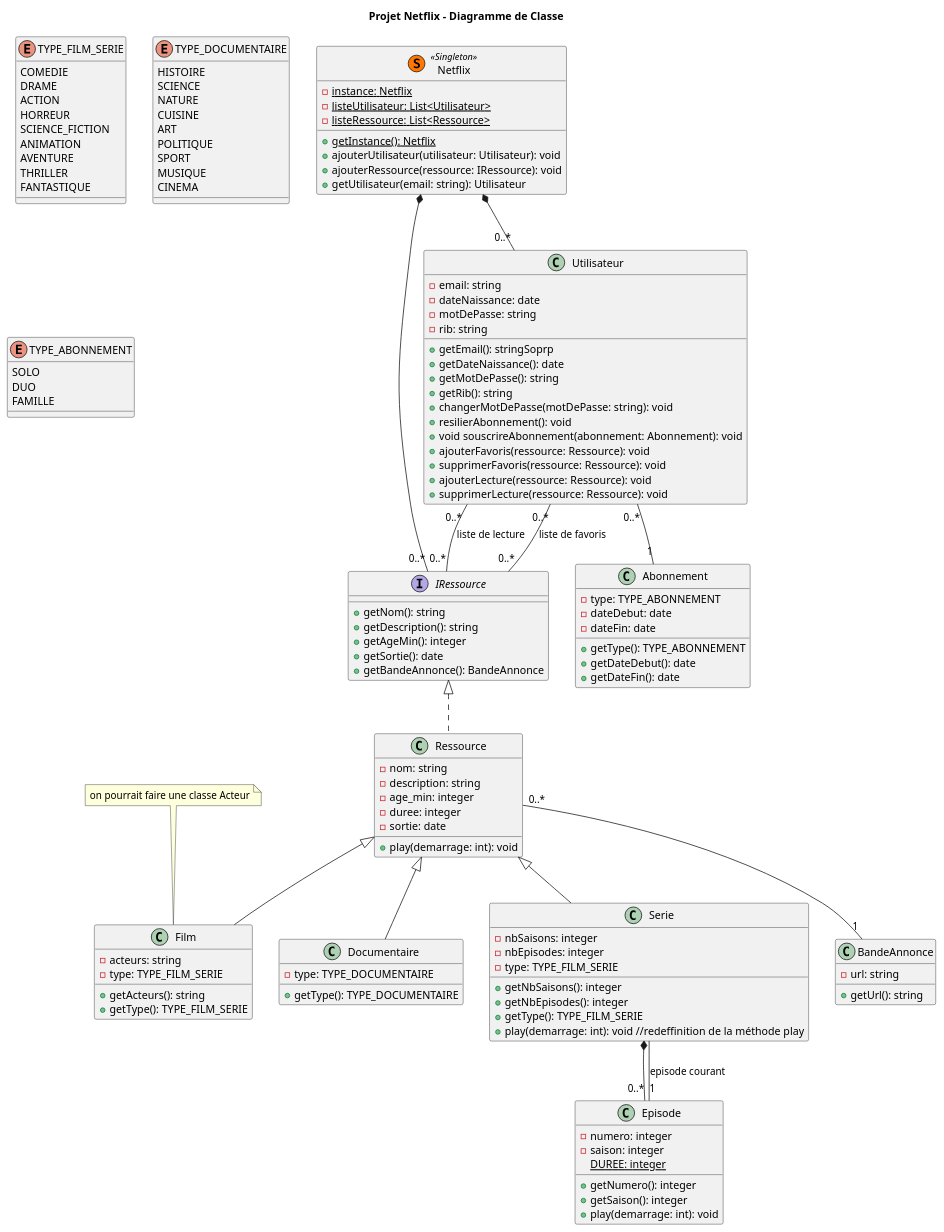
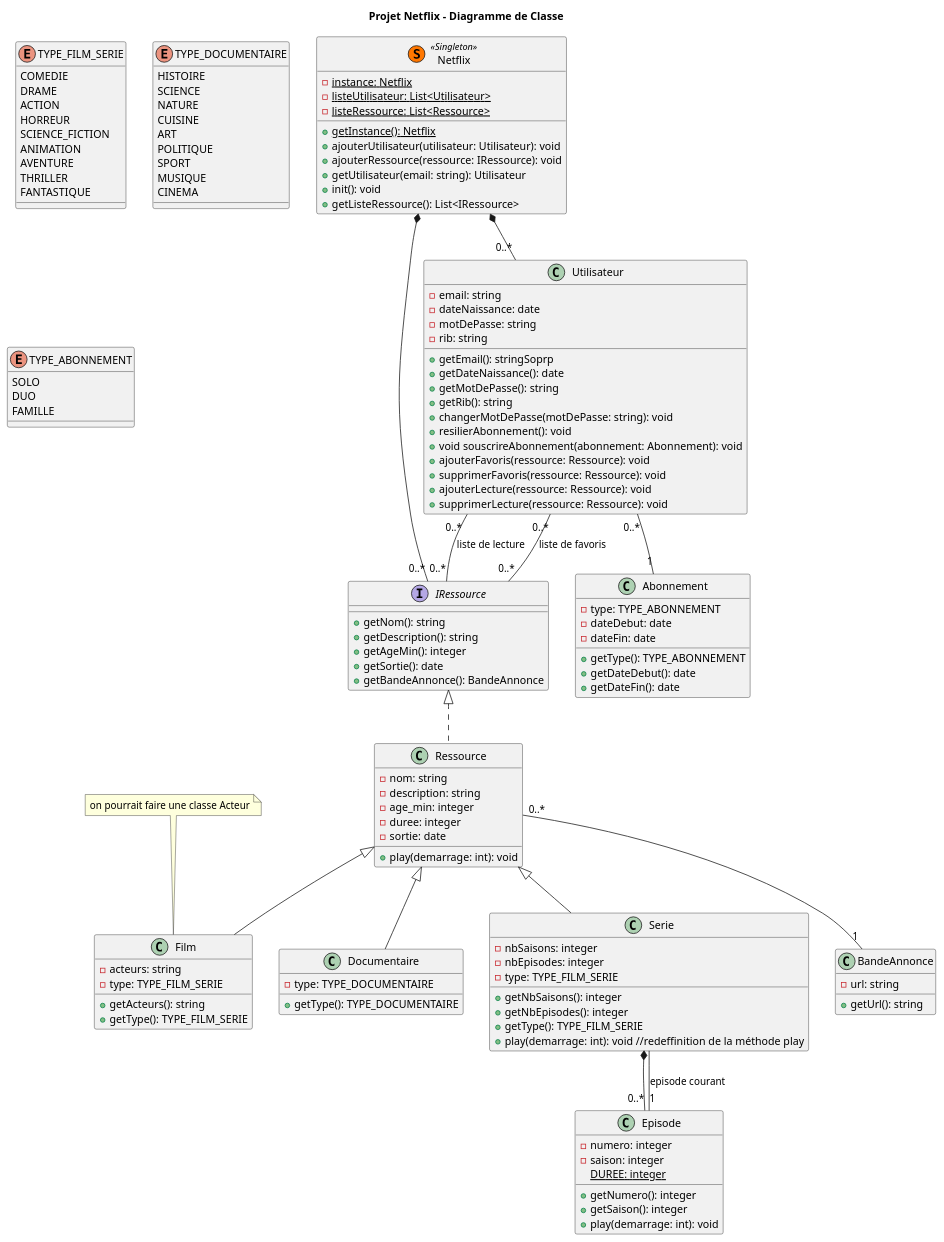
Before and after one commit to tigrou23/Netflix_JAVA: the diagram in diagramme.puml, drawn with PlantUML. The commit also changed 7 other files, not shown here.

```diff
--- a/diagramme.puml
+++ b/diagramme.puml
@@ -1,153 +1,155 @@
 @startuml
 
 title Projet Netflix - Diagramme de Classe
 
 class Netflix << (S,#FF7700) Singleton >>{
     {static} - instance: Netflix
     {static} - listeUtilisateur: List<Utilisateur>
     {static} - listeRessource: List<Ressource>
     {static} + getInstance(): Netflix
     + ajouterUtilisateur(utilisateur: Utilisateur): void
     + ajouterRessource(ressource: IRessource): void
     + getUtilisateur(email: string): Utilisateur
+    + init(): void
+    + getListeRessource(): List<IRessource>
 }
 
 Netflix *-- "0..*" Utilisateur
 Netflix *-- "0..*" IRessource
 
 /'
 ---- Définition des Ressources ----
 '/
 
 enum TYPE_FILM_SERIE {
     COMEDIE
     DRAME
     ACTION
     HORREUR
     SCIENCE_FICTION
     ANIMATION
     AVENTURE
     THRILLER
     FANTASTIQUE
 }
 
 enum TYPE_DOCUMENTAIRE{
     HISTOIRE
     SCIENCE
     NATURE
     CUISINE
     ART
     POLITIQUE
     SPORT
     MUSIQUE
     CINEMA
 }
 
 class BandeAnnonce{
     - url: string
     + getUrl(): string
 }
 
 interface IRessource{
     + getNom(): string
     + getDescription(): string
     + getAgeMin(): integer
     + getSortie(): date
     + getBandeAnnonce(): BandeAnnonce
 }
 
 note "on pourrait faire une classe Acteur" as acteur
 acteur .. Film
 
 abstract Ressource {
     - nom: string
     - description: string
     - age_min: integer
     - duree: integer
     - sortie: date
     + play(demarrage: int): void
 }
 
 Ressource "0..*" -- "1" BandeAnnonce
 class Ressource implements IRessource
 
 class Film{
     - acteurs: string
     - type: TYPE_FILM_SERIE
     + getActeurs(): string
     + getType(): TYPE_FILM_SERIE
 }
 
 class Documentaire{
     - type: TYPE_DOCUMENTAIRE
     + getType(): TYPE_DOCUMENTAIRE
 }
 
 class Serie{
     - nbSaisons: integer
     - nbEpisodes: integer
     - type: TYPE_FILM_SERIE
     + getNbSaisons(): integer
     + getNbEpisodes(): integer
     + getType(): TYPE_FILM_SERIE
     + play(demarrage: int): void //redeffinition de la méthode play
 }
 
 class Episode{
     - numero: integer
     - saison: integer
     {static} DUREE: integer
     + getNumero(): integer
     + getSaison(): integer
     + play(demarrage: int): void
 }
 
 Serie *-- "0..*" Episode
 Serie -- "1" Episode : "episode courant"
 
 class Film extends Ressource
 class Documentaire extends Ressource
 class Serie extends Ressource
 
 /'
 ---- Définition des Utilisateurs ----
 '/
 
 enum TYPE_ABONNEMENT{
     SOLO
     DUO
     FAMILLE
 }
 
 class Abonnement{
     - type: TYPE_ABONNEMENT
     - dateDebut: date
     - dateFin: date
     + getType(): TYPE_ABONNEMENT
     + getDateDebut(): date
     + getDateFin(): date
 }
 
 class Utilisateur{
     - email: string
     - dateNaissance: date
     - motDePasse: string
     - rib: string
     + getEmail(): stringSoprp
     + getDateNaissance(): date
     + getMotDePasse(): string
     + getRib(): string
     + changerMotDePasse(motDePasse: string): void
     + resilierAbonnement(): void
     + void souscrireAbonnement(abonnement: Abonnement): void
     + ajouterFavoris(ressource: Ressource): void
     + supprimerFavoris(ressource: Ressource): void
     + ajouterLecture(ressource: Ressource): void
     + supprimerLecture(ressource: Ressource): void
 }
 
 Utilisateur "0..*" -- "0..*" IRessource : "liste de favoris"
 Utilisateur "0..*" -- "0..*" IRessource : "liste de lecture"
 Utilisateur "0..*" -- "1" Abonnement
 
 @enduml
```
